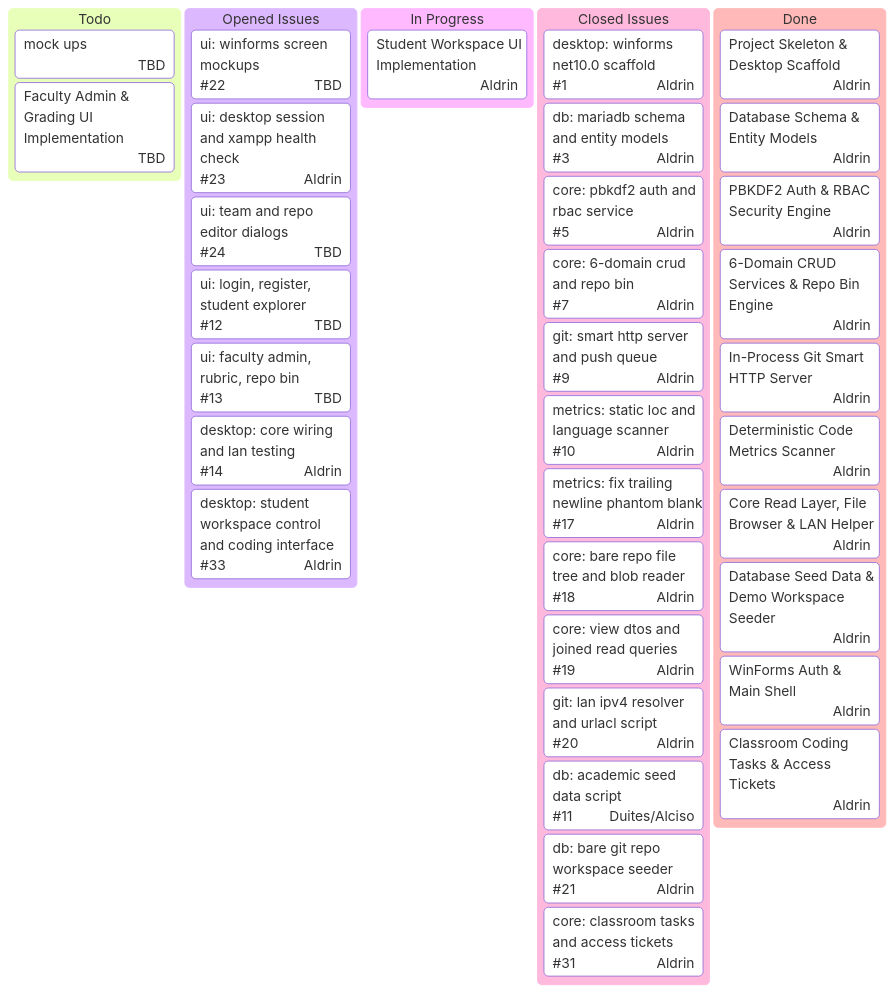
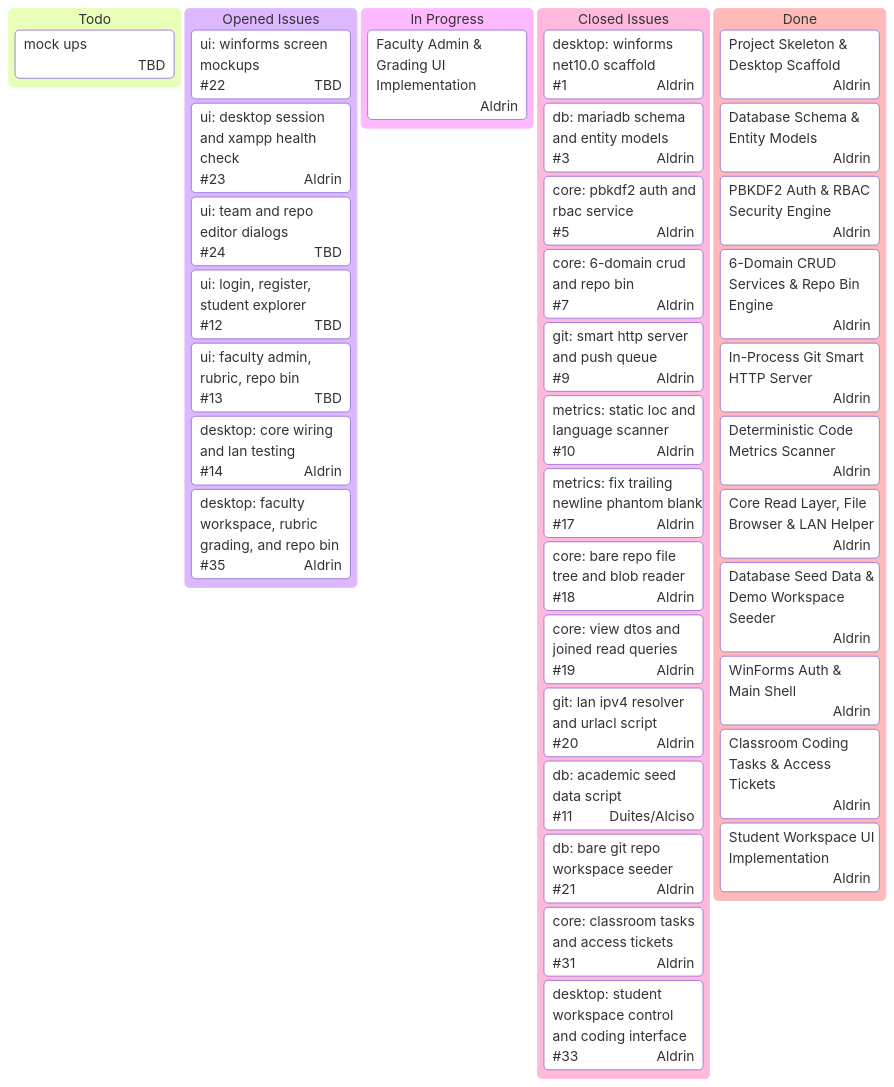
Before and after one commit to frtzhahn/repo-vault: the diagram in README.md, drawn with Mermaid. The commit also changed 14 other files, not shown here.

Commit message:
feat(desktop): add faculty workspace control and management dialogs

````diff
--- a/README.md
+++ b/README.md
@@ -34,41 +34,42 @@
 ```mermaid
 kanban
   [Todo]
     [mock ups]@{ assigned: 'TBD' }
-    [Faculty Admin & Grading UI Implementation]@{ assigned: 'TBD' }
   [Opened Issues]
     [ui: winforms screen mockups]@{ assigned: 'TBD', ticket: '#22' }
     [ui: desktop session and xampp health check]@{ assigned: 'Aldrin', ticket: '#23' }
     [ui: team and repo editor dialogs]@{ assigned: 'TBD', ticket: '#24' }
     [ui: login, register, student explorer]@{ assigned: 'TBD', ticket: '#12' }
     [ui: faculty admin, rubric, repo bin]@{ assigned: 'TBD', ticket: '#13' }
     [desktop: core wiring and lan testing]@{ assigned: 'Aldrin', ticket: '#14' }
-    [desktop: student workspace control and coding interface]@{ assigned: 'Aldrin', ticket: '#33' }
+    [desktop: faculty workspace, rubric grading, and repo bin]@{ assigned: 'Aldrin', ticket: '#35' }
   [In Progress]
-    [Student Workspace UI Implementation]@{ assigned: 'Aldrin' }
+    [Faculty Admin & Grading UI Implementation]@{ assigned: 'Aldrin' }
   [Closed Issues]
     [desktop: winforms net10.0 scaffold]@{ assigned: 'Aldrin', ticket: '#1' }
     [db: mariadb schema and entity models]@{ assigned: 'Aldrin', ticket: '#3' }
     [core: pbkdf2 auth and rbac service]@{ assigned: 'Aldrin', ticket: '#5' }
     [core: 6-domain crud and repo bin]@{ assigned: 'Aldrin', ticket: '#7' }
     [git: smart http server and push queue]@{ assigned: 'Aldrin', ticket: '#9' }
     [metrics: static loc and language scanner]@{ assigned: 'Aldrin', ticket: '#10' }
     [metrics: fix trailing newline phantom blank]@{ assigned: 'Aldrin', ticket: '#17' }
     [core: bare repo file tree and blob reader]@{ assigned: 'Aldrin', ticket: '#18' }
     [core: view dtos and joined read queries]@{ assigned: 'Aldrin', ticket: '#19' }
     [git: lan ipv4 resolver and urlacl script]@{ assigned: 'Aldrin', ticket: '#20' }
     [db: academic seed data script]@{ assigned: 'Duites/Alciso', ticket: '#11' }
     [db: bare git repo workspace seeder]@{ assigned: 'Aldrin', ticket: '#21' }
     [core: classroom tasks and access tickets]@{ assigned: 'Aldrin', ticket: '#31' }
+    [desktop: student workspace control and coding interface]@{ assigned: 'Aldrin', ticket: '#33' }
   [Done]
     [Project Skeleton & Desktop Scaffold]@{ assigned: 'Aldrin' }
     [Database Schema & Entity Models]@{ assigned: 'Aldrin' }
     [PBKDF2 Auth & RBAC Security Engine]@{ assigned: 'Aldrin' }
     [6-Domain CRUD Services & Repo Bin Engine]@{ assigned: 'Aldrin' }
     [In-Process Git Smart HTTP Server]@{ assigned: 'Aldrin' }
     [Deterministic Code Metrics Scanner]@{ assigned: 'Aldrin' }
     [Core Read Layer, File Browser & LAN Helper]@{ assigned: 'Aldrin' }
     [Database Seed Data & Demo Workspace Seeder]@{ assigned: 'Aldrin' }
     [WinForms Auth & Main Shell]@{ assigned: 'Aldrin' }
     [Classroom Coding Tasks & Access Tickets]@{ assigned: 'Aldrin' }
+    [Student Workspace UI Implementation]@{ assigned: 'Aldrin' }
 ```
````
